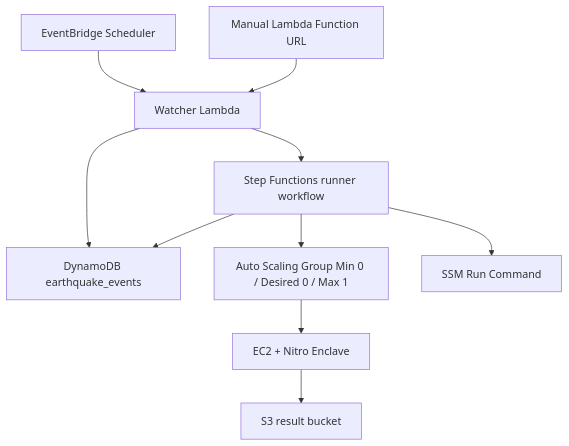
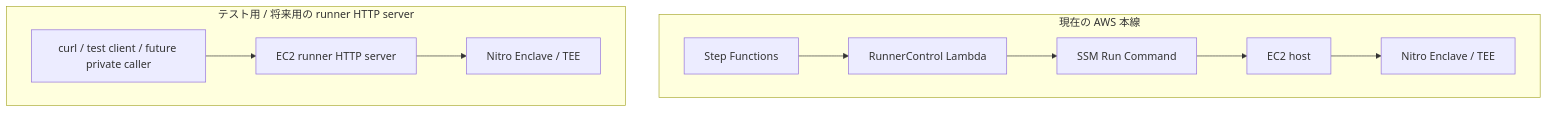
One commit to UnagiLabs/Sonari changed the third of 3 diagrams in infra/aws/earthquake-runner/README.md. Above: the diagram before and after it, drawn with Mermaid. The commit also changed other lines of this file and 1 other file, not shown here.

````diff
--- a/infra/aws/earthquake-runner/README.md
+++ b/infra/aws/earthquake-runner/README.md
@@ -7,12 +103,14 @@
 ```mermaid
 flowchart TB
-  EventBridge["EventBridge Scheduler"] --> Watcher["Watcher Lambda"]
-  Manual["Manual Lambda Function URL"] --> Watcher
-  Watcher --> Events["DynamoDB earthquake_events"]
-  Watcher --> Workflow["Step Functions runner workflow"]
-  Workflow --> ASG["Auto Scaling Group Min 0 / Desired 0 / Max 1"]
-  ASG --> EC2["EC2 + Nitro Enclave"]
-  Workflow --> SSM["SSM Run Command"]
-  EC2 --> Results["S3 result bucket"]
-  Workflow --> Events
+  subgraph Current["現在の AWS 本線"]
+    SFN["Step Functions"] --> Control["RunnerControl Lambda"]
+    Control --> SSM["SSM Run Command"]
+    SSM --> Host["EC2 host"]
+    Host --> TEE["Nitro Enclave / TEE"]
+  end
+
+  subgraph Optional["テスト用 / 将来用の runner HTTP server"]
+    Client["curl / test client / future private caller"] --> Runner["EC2 runner HTTP server"]
+    Runner --> Tee2["Nitro Enclave / TEE"]
+  end
 ```
````
